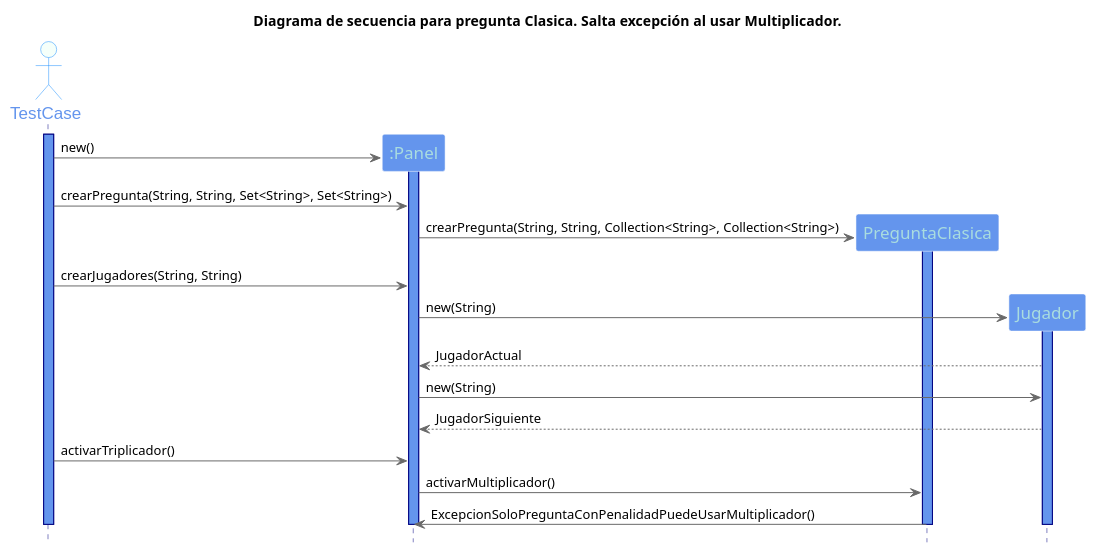
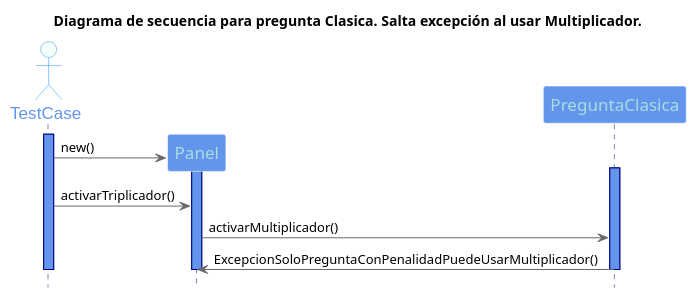
Before and after one commit to fvazquezf/TP_2_Algo_3: the diagram in UML/Diagramas de secuencia/ExcepcionMultiplicadorEnPreguntaSinPenalidad.puml, drawn with PlantUML. The commit also changed 6 other files, not shown here.

Commit message:
actualizacion y creacion de diagramas de secuencia

```diff
--- a/UML/Diagramas de secuencia/ExcepcionMultiplicadorEnPreguntaSinPenalidad.puml
+++ b/UML/Diagramas de secuencia/ExcepcionMultiplicadorEnPreguntaSinPenalidad.puml
@@ -1,57 +1,42 @@
 @startuml
 
 title Diagrama de secuencia para pregunta Clasica. Salta excepción al usar Multiplicador.
 
 hide footbox
 skinparam backgroundColor white
 
 skinparam sequence {
 ArrowColor DimGray
 ActorBorderColor DodgerBlue
 LifeLineBorderColor Navy
 LifeLineBackgroundColor CornflowerBlue
 ParticipantBorderColor LighSlateGray
 ParticipantBackgroundColor CornflowerBlue
 ParticipantFontName Impact
 ParticipantFontSize 17
 ParticipantFontColor #A9DCDF
 ActorBackgroundColor mintCream
 ActorFontColor CornflowerBlue
 ActorFontSize 17
 ActorFontName Aapex
 }
 
 actor TestCase
 activate TestCase
 
-participant ":Panel" as Panel
 create Panel
 TestCase -> Panel : new()
 activate Panel
 
-TestCase -> Panel : crearPregunta(String, String, Set<String>, Set<String>)
-
-
-
-create PreguntaClasica
-Panel -> PreguntaClasica : crearPregunta(String, String, Collection<String>, Collection<String>)
+Participant PreguntaClasica
 activate PreguntaClasica
-
-TestCase -> Panel: crearJugadores(String, String)
-create Jugador
-Panel -> Jugador: new(String)
-activate Jugador
-Jugador --> Panel: JugadorActual
-Panel -> Jugador: new(String)
-Jugador --> Panel: JugadorSiguiente
 
 TestCase -> Panel: activarTriplicador()
 Panel -> PreguntaClasica: activarMultiplicador()
 PreguntaClasica -> Panel : ExcepcionSoloPreguntaConPenalidadPuedeUsarMultiplicador()
 
 deactivate PreguntaClasica
-deactivate Jugador
 deactivate Panel
 deactivate TestCase
 
 @enduml
```
